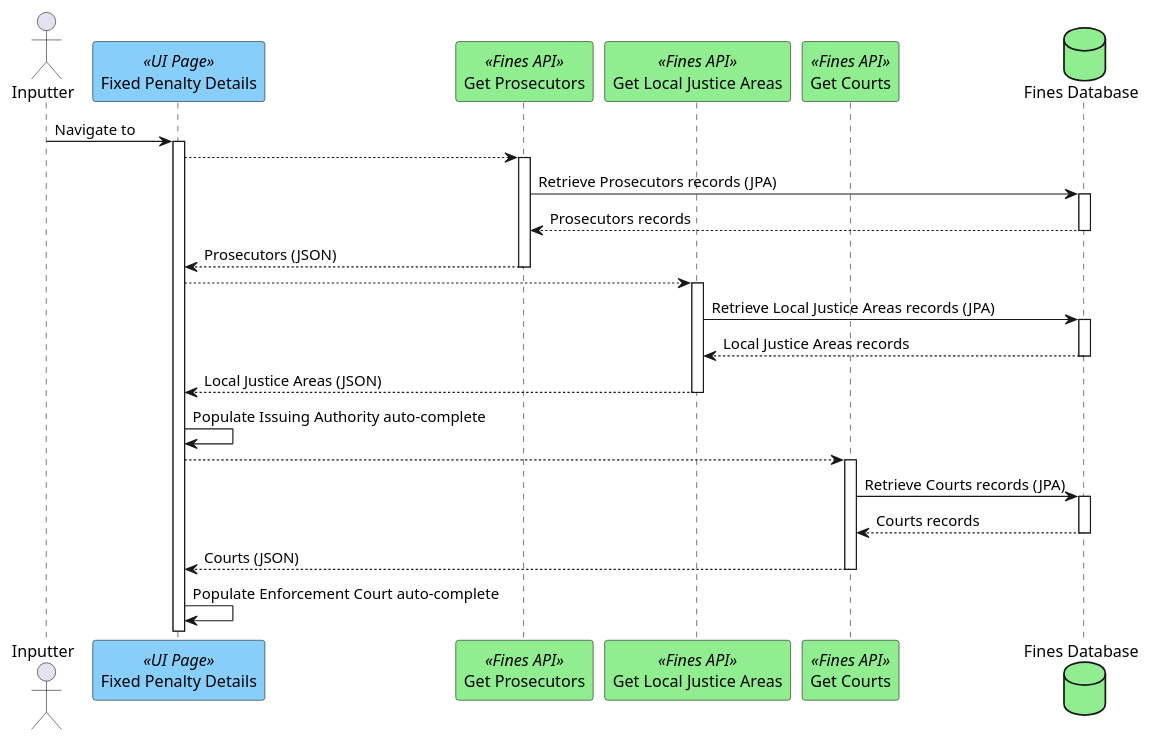
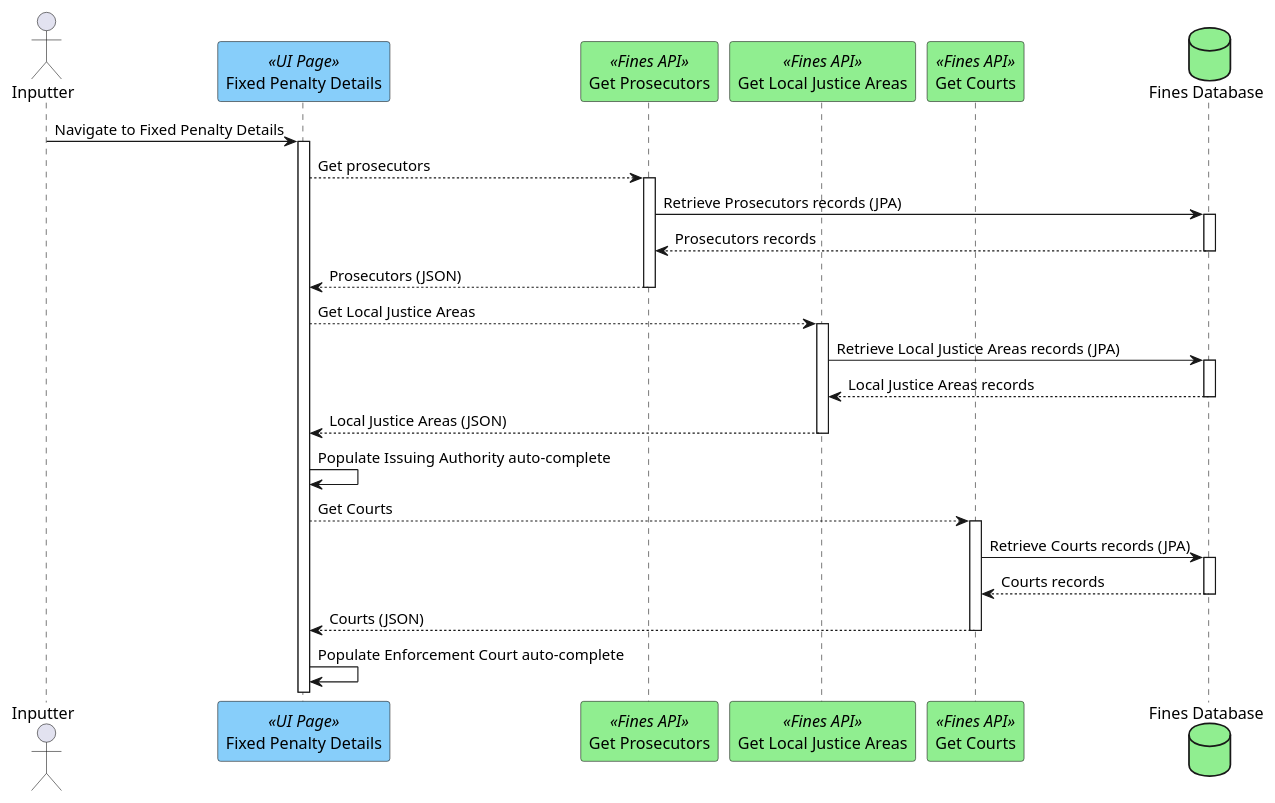
The diagram in plantUML/mac-manual-fixed-penalty/mac-fixed-penalty-details.puml (hmcts/opal-docs), drawn with PlantUML before and after one commit.

Commit message:
more detail for fixed penalty details

```diff
--- a/plantUML/mac-manual-fixed-penalty/mac-fixed-penalty-details.puml
+++ b/plantUML/mac-manual-fixed-penalty/mac-fixed-penalty-details.puml
@@ -1,25 +1,25 @@
 @startuml
 actor "Inputter" as user
 participant "Fixed Penalty Details" as fixedPenaltyDetails <<UI Page>> #lightskyblue
 participant "Get Prosecutors" as prosecutors <<Fines API>> #lightgreen
 participant "Get Local Justice Areas" as ljas <<Fines API>> #lightgreen
 participant "Get Courts" as courts <<Fines API>> #lightgreen
 database "Fines Database" as db #lightgreen
 
-user -> fixedPenaltyDetails ++ : Navigate to
-fixedPenaltyDetails --> prosecutors ++
+user -> fixedPenaltyDetails ++ : Navigate to Fixed Penalty Details
+fixedPenaltyDetails --> prosecutors ++ : Get prosecutors
 prosecutors -> db ++ : Retrieve Prosecutors records (JPA)
 prosecutors <-- db -- : Prosecutors records
 fixedPenaltyDetails <-- prosecutors -- : Prosecutors (JSON)
-fixedPenaltyDetails --> ljas ++
+fixedPenaltyDetails --> ljas ++ : Get Local Justice Areas
 ljas -> db ++ : Retrieve Local Justice Areas records (JPA)
 ljas <-- db -- : Local Justice Areas records
 fixedPenaltyDetails <-- ljas -- : Local Justice Areas (JSON)
 fixedPenaltyDetails -> fixedPenaltyDetails : Populate Issuing Authority auto-complete
-fixedPenaltyDetails --> courts ++
+fixedPenaltyDetails --> courts ++ : Get Courts
 courts -> db ++ : Retrieve Courts records (JPA)
 courts <-- db -- : Courts records
 fixedPenaltyDetails <-- courts -- : Courts (JSON)
 fixedPenaltyDetails -> fixedPenaltyDetails : Populate Enforcement Court auto-complete
 
 @enduml
```
